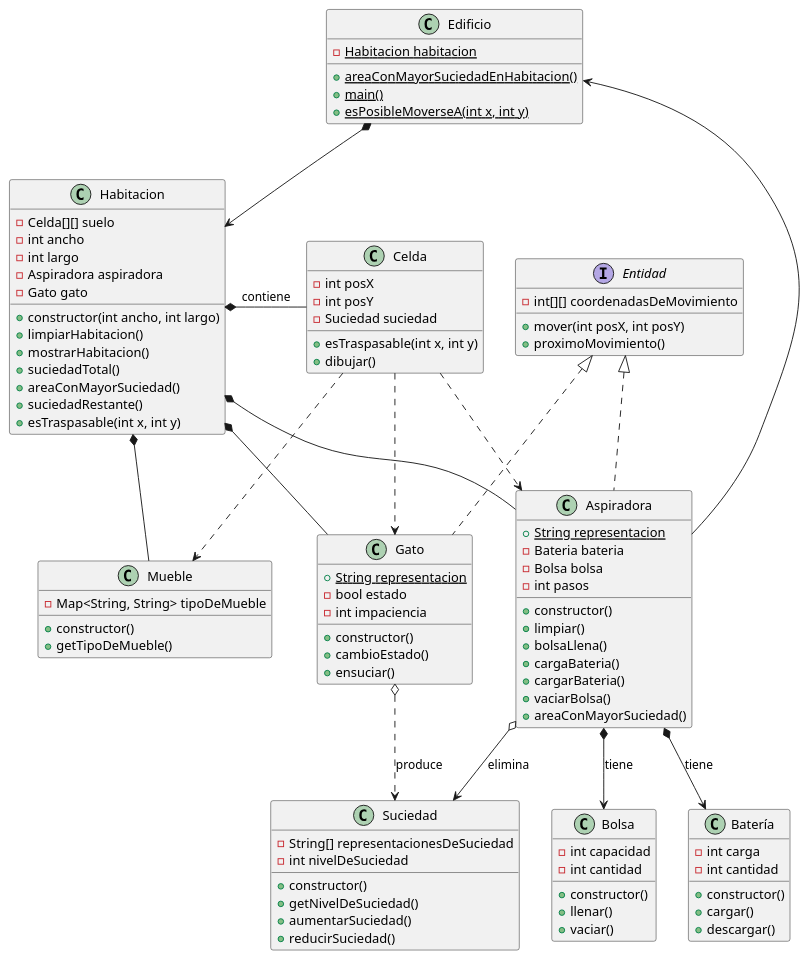
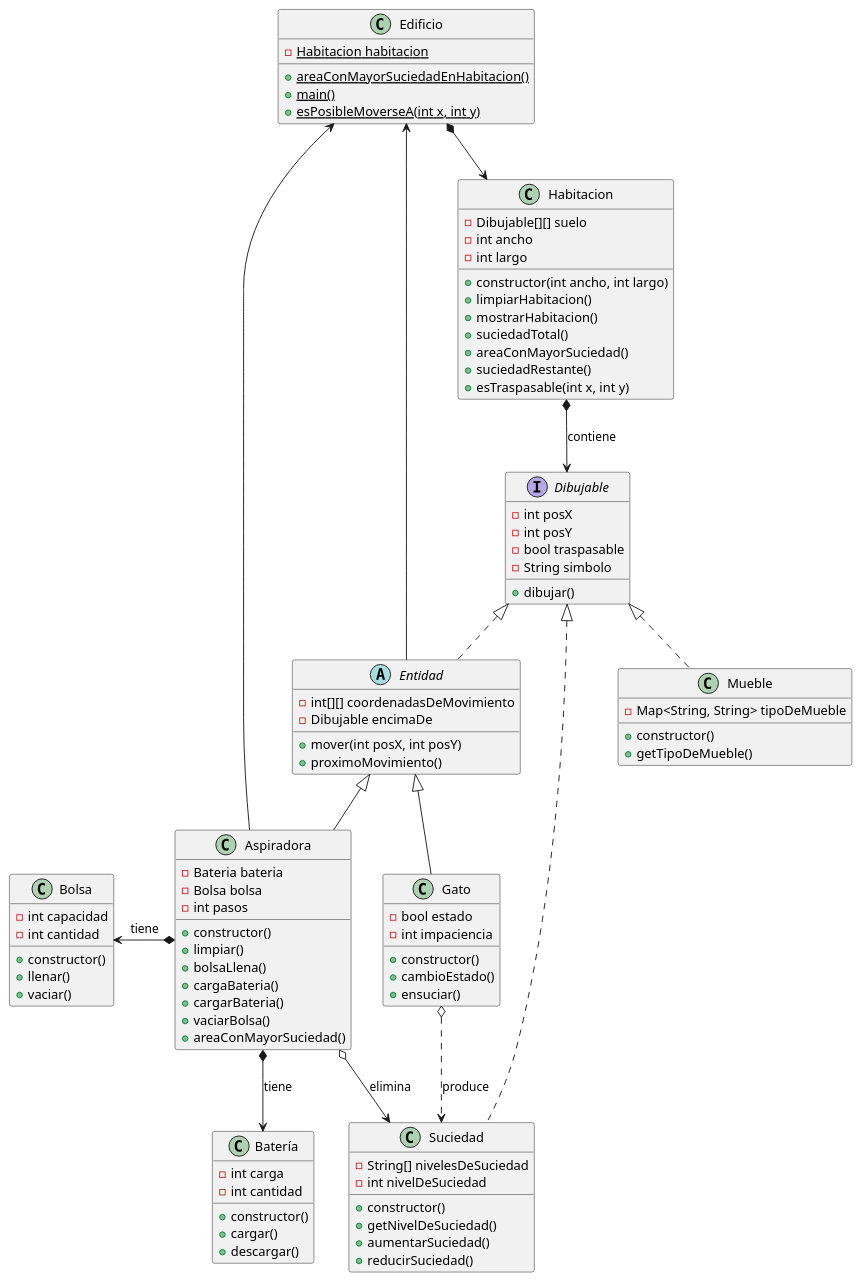
The diagram in docs/diagramaDeClases.plantuml (mmasias/idsw2), drawn with PlantUML before and after one commit. The commit also changed 5 other files, not shown here.

Commit message:
Diagramas en imagenes

```diff
--- a/docs/diagramaDeClases.plantuml
+++ b/docs/diagramaDeClases.plantuml
@@ -1,112 +1,103 @@
 @startuml
 scale 1
 class Edificio
 {
     - {static} Habitacion habitacion
     + {static} areaConMayorSuciedadEnHabitacion()
     + {static} main()
     + {static} esPosibleMoverseA(int x, int y)
 }
 class Habitacion
 {
-    - Celda[][] suelo
+    - Dibujable[][] suelo
     - int ancho
     - int largo
-    - Aspiradora aspiradora
-    - Gato gato
     + constructor(int ancho, int largo)
     + limpiarHabitacion()
     + mostrarHabitacion()
     + suciedadTotal()
     + areaConMayorSuciedad()
     + suciedadRestante()
     + esTraspasable(int x, int y)
 }
 
-class Celda{
+interface Dibujable{
     - int posX
     - int posY
-    - Suciedad suciedad
-    + esTraspasable(int x, int y)
+    - bool traspasable
+    - String simbolo
     + dibujar()
+    
 }
 
-interface Entidad {
+abstract class Entidad implements Dibujable {
     - int[][] coordenadasDeMovimiento
+    - Dibujable encimaDe
     + mover(int posX, int posY)
     + proximoMovimiento()
 }
-class Aspiradora implements Entidad{
-    + {static} String representacion
+class Aspiradora extends Entidad{
     - Bateria bateria
     - Bolsa bolsa
     - int pasos
     + constructor()
     + limpiar()
     + bolsaLlena()
     + cargaBateria()
     + cargarBateria()
     + vaciarBolsa()
     + areaConMayorSuciedad()
 }
 
-class Gato implements Entidad{
-    + {static} String representacion
+class Gato extends Entidad{
     - bool estado
     - int impaciencia
     + constructor()
     + cambioEstado()
     + ensuciar()
 }
-class Mueble{
+class Mueble implements Dibujable{
     - Map<String, String> tipoDeMueble
     + constructor()
     + getTipoDeMueble()
 }
 
-class Suciedad {
-    - String[] representacionesDeSuciedad
+class Suciedad implements Dibujable{
+    - String[] nivelesDeSuciedad
     - int nivelDeSuciedad
     + constructor()
     + getNivelDeSuciedad()
     + aumentarSuciedad()
     + reducirSuciedad()
 }
 
 class Batería{
     - int carga
     - int cantidad
     + constructor()
     + cargar()
     + descargar()
 }
 
 class Bolsa{
     - int capacidad
     - int cantidad
     + constructor()
     + llenar()
     + vaciar()
 }
 
 
 Edificio *--> Habitacion
 
-Habitacion *-r- Celda : contiene
-Habitacion *-- Mueble
-Habitacion *-- Gato
-Habitacion *-- Aspiradora
-
-Celda ..> Aspiradora
-Celda ..> Gato
-Celda ..> Mueble
+Habitacion *--> Dibujable : contiene
 
 Aspiradora o--> Suciedad : elimina
-Aspiradora *-d-> Bolsa : tiene
+Aspiradora *-l-> Bolsa : tiene
 Aspiradora *-d-> Batería : tiene
 Aspiradora -u-> Edificio
-
+Entidad -u-> Edificio
 
 Gato o..> Suciedad : produce
 
 @enduml
```
